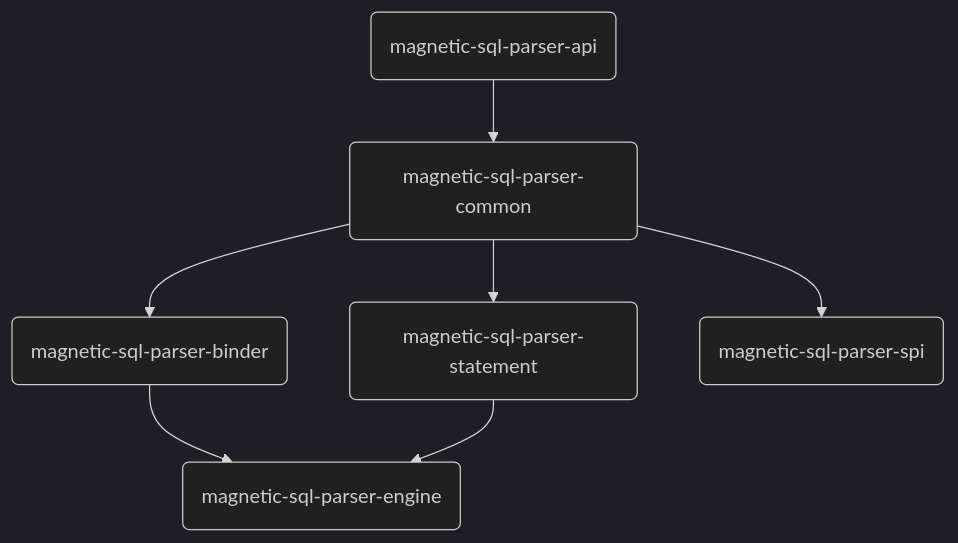
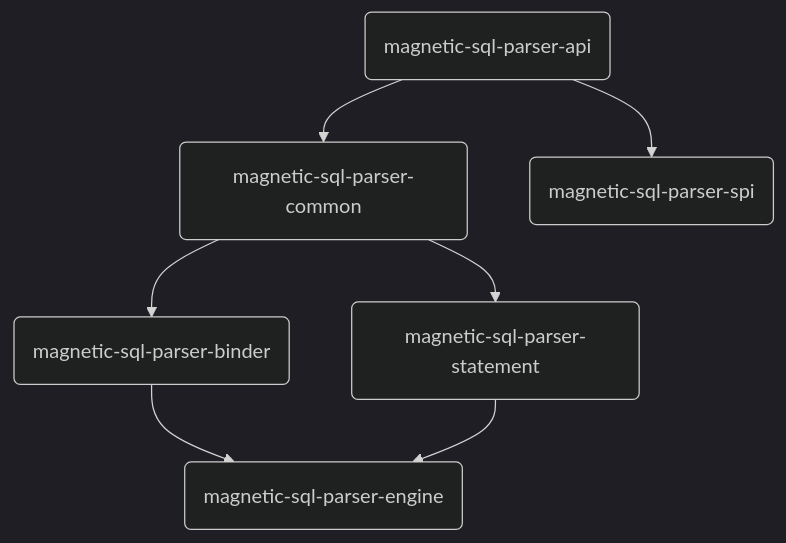
One commit to iByteCoding/M-SQLParser changed the diagram in README.md. Above: the diagram before and after it, drawn with Mermaid (dark theme). The commit also changed 3 other files, not shown here.

````diff
--- a/README.md
+++ b/README.md
@@ -26,9 +26,9 @@
 ```mermaid
 graph TD;
 	id1(magnetic-sql-parser-api)-->id6(magnetic-sql-parser-common)
     id2(magnetic-sql-parser-binder)-->id4(magnetic-sql-parser-engine)
     id3(magnetic-sql-parser-statement)-->id4(magnetic-sql-parser-engine)
     id6(magnetic-sql-parser-common)-->id2(magnetic-sql-parser-binder)
     id6(magnetic-sql-parser-common)-->id3(magnetic-sql-parser-statement)
-    id6(magnetic-sql-parser-common)-->id5(magnetic-sql-parser-spi)
+    id1(magnetic-sql-parser-api)-->id5(magnetic-sql-parser-spi)
 ```
````
